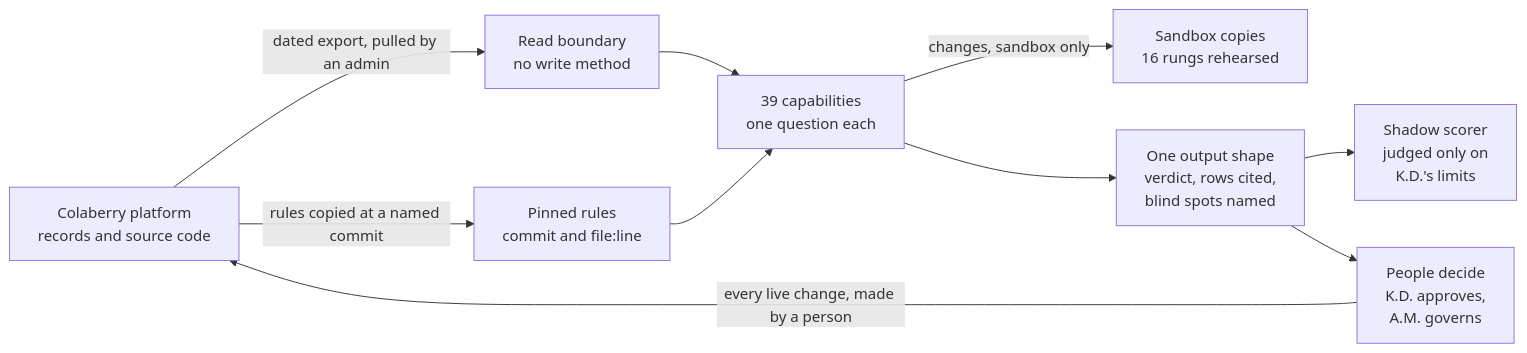
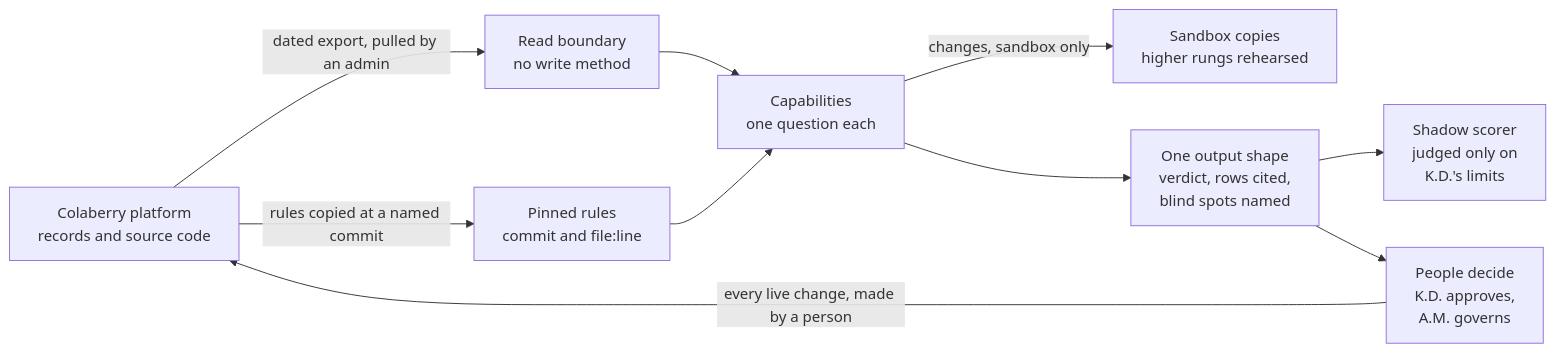
Before and after one commit to qninying/platform-reliability-agent: the diagram in docs/architecture/overview.mmd, drawn with Mermaid. The commit also changed 4 other files, not shown here.

```diff
--- a/docs/architecture/overview.mmd
+++ b/docs/architecture/overview.mmd
@@ -1,18 +1,18 @@
 flowchart LR
   PLATFORM["Colaberry platform<br/>records and source code"]
   READ["Read boundary<br/>no write method"]
   PINNED["Pinned rules<br/>commit and file:line"]
-  CAPS["39 capabilities<br/>one question each"]
-  SANDBOX["Sandbox copies<br/>16 rungs rehearsed"]
+  CAPS["Capabilities<br/>one question each"]
+  SANDBOX["Sandbox copies<br/>higher rungs rehearsed"]
   OUT["One output shape<br/>verdict, rows cited,<br/>blind spots named"]
   SHADOW["Shadow scorer<br/>judged only on<br/>K.D.'s limits"]
   PEOPLE["People decide<br/>K.D. approves,<br/>A.M. governs"]
   PLATFORM -->|dated export, pulled by an admin| READ
   PLATFORM -->|rules copied at a named commit| PINNED
   READ --> CAPS
   PINNED --> CAPS
   CAPS -->|changes, sandbox only| SANDBOX
   CAPS --> OUT
   OUT --> SHADOW
   OUT --> PEOPLE
   PEOPLE -->|every live change, made by a person| PLATFORM
```
